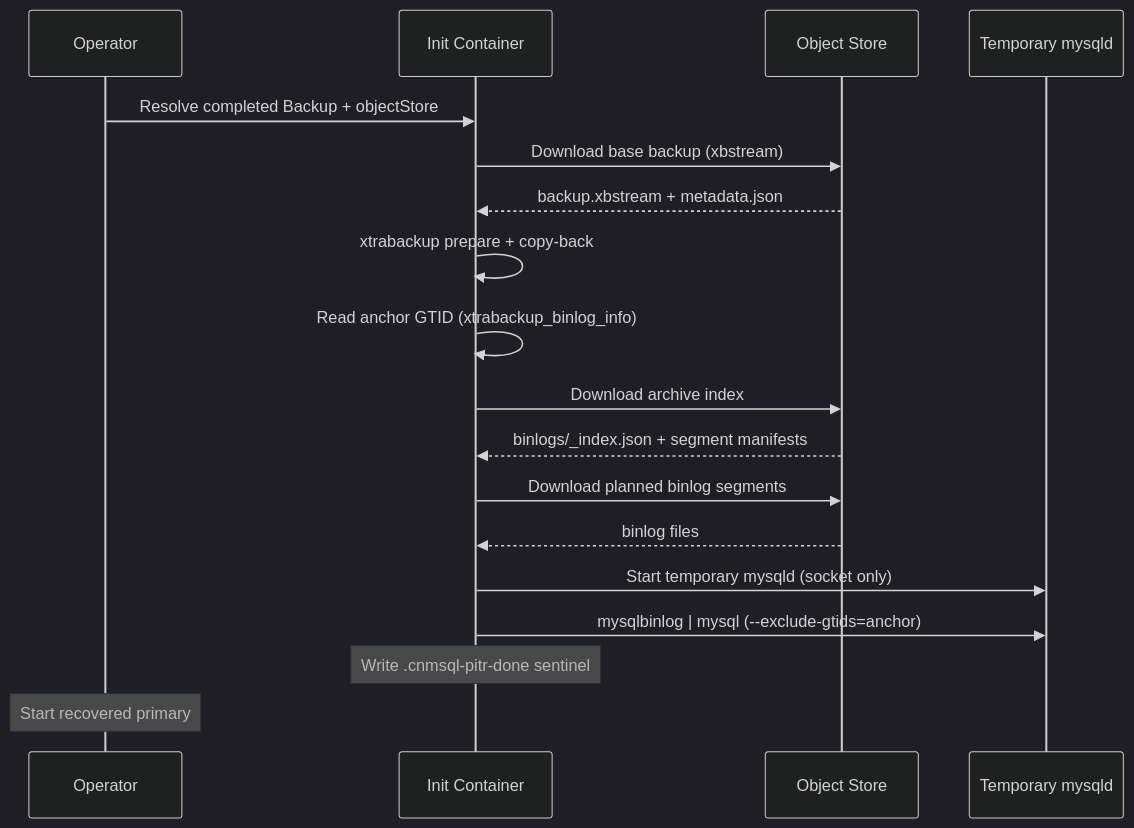
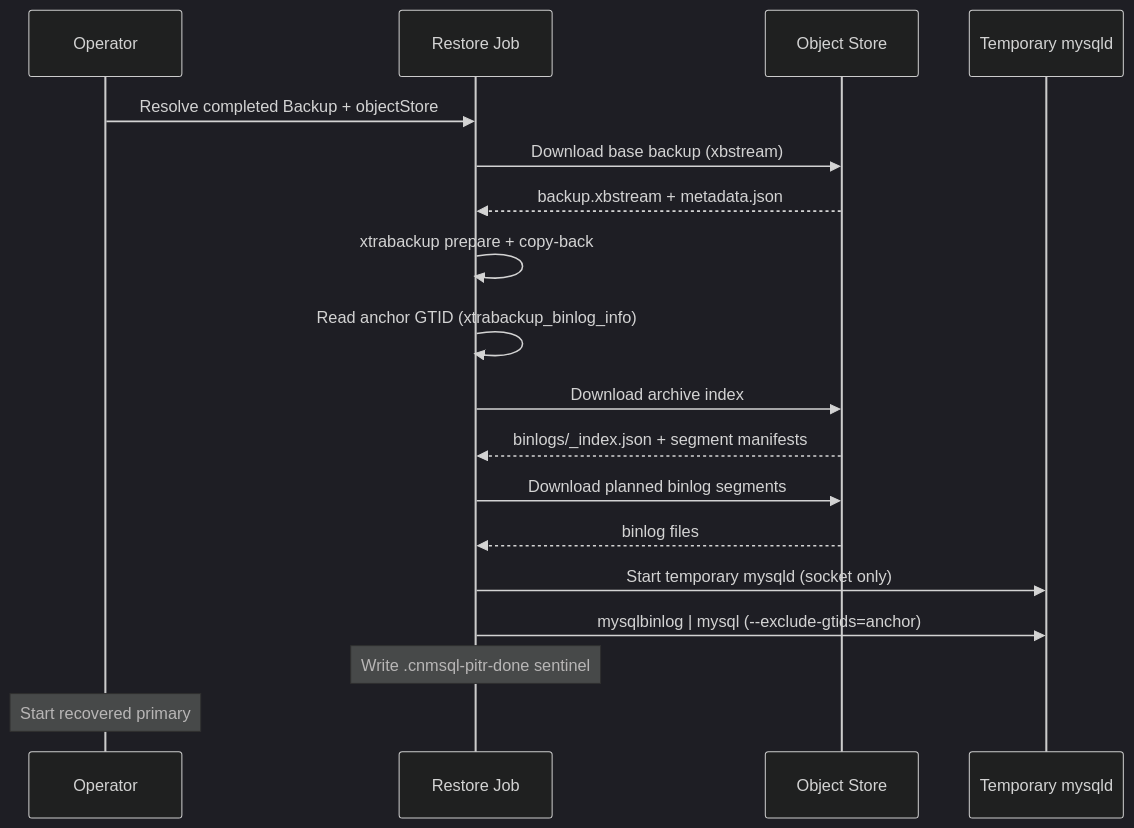
Before and after one commit to cnmsql/cnmsql: the second of 2 diagrams in docs/src/pitr.md, drawn with Mermaid (dark theme). The commit also changed other lines of this file and 41 other files, not shown here.

````diff
--- a/docs/src/pitr.md
+++ b/docs/src/pitr.md
@@ -197,21 +198,21 @@
 ```mermaid
 sequenceDiagram
     participant Op as Operator
-    participant Init as Init Container
+    participant Restore as Restore Job
     participant Store as Object Store
     participant MySQL as Temporary mysqld
 
-    Op->>Init: Resolve completed Backup + objectStore
-    Init->>Store: Download base backup (xbstream)
-    Store-->>Init: backup.xbstream + metadata.json
-    Init->>Init: xtrabackup prepare + copy-back
-    Init->>Init: Read anchor GTID (xtrabackup_binlog_info)
-    Init->>Store: Download archive index
-    Store-->>Init: binlogs/_index.json + segment manifests
-    Init->>Store: Download planned binlog segments
-    Store-->>Init: binlog files
-    Init->>MySQL: Start temporary mysqld (socket only)
-    Init->>MySQL: mysqlbinlog | mysql (--exclude-gtids=anchor)
-    Note over Init: Write .cnmsql-pitr-done sentinel
+    Op->>Restore: Resolve completed Backup + objectStore
+    Restore->>Store: Download base backup (xbstream)
+    Store-->>Restore: backup.xbstream + metadata.json
+    Restore->>Restore: xtrabackup prepare + copy-back
+    Restore->>Restore: Read anchor GTID (xtrabackup_binlog_info)
+    Restore->>Store: Download archive index
+    Store-->>Restore: binlogs/_index.json + segment manifests
+    Restore->>Store: Download planned binlog segments
+    Store-->>Restore: binlog files
+    Restore->>MySQL: Start temporary mysqld (socket only)
+    Restore->>MySQL: mysqlbinlog | mysql (--exclude-gtids=anchor)
+    Note over Restore: Write .cnmsql-pitr-done sentinel
     Note over Op: Start recovered primary
 ```
````
